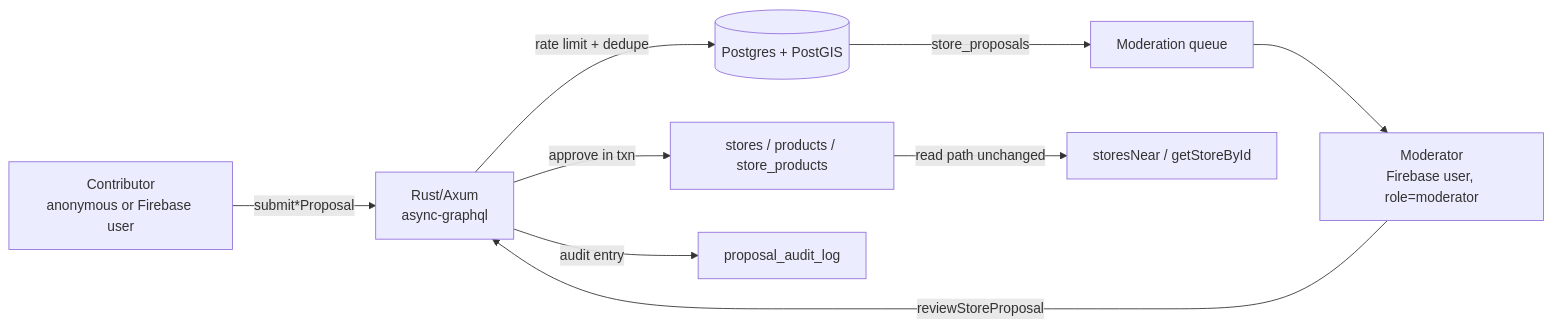
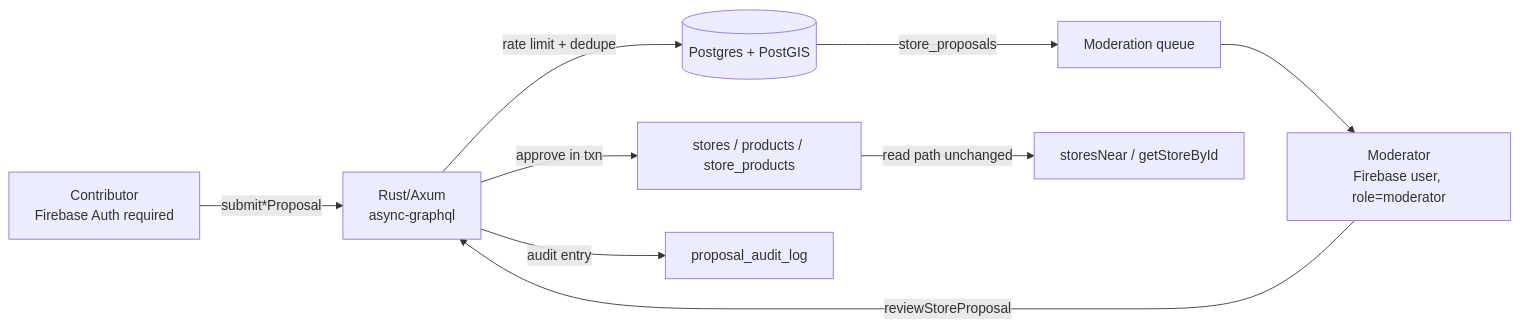
Before and after one commit to pataruco/el-guacal: the diagram in docs/design/contribution-and-moderation.md, drawn with Mermaid. The commit also changed other lines of this file and 1 other file, not shown here.

````diff
--- a/docs/design/contribution-and-moderation.md
+++ b/docs/design/contribution-and-moderation.md
@@ -45,11 +45,11 @@
 ```mermaid
 flowchart LR
-    User[Contributor<br/>anonymous or Firebase user] -->|submit*Proposal| API
+    User[Contributor<br/>Firebase Auth required] -->|submit*Proposal| API
     Mod[Moderator<br/>Firebase user, role=moderator] -->|reviewStoreProposal| API
     API[Rust/Axum<br/>async-graphql] -->|rate limit + dedupe| PG[(Postgres + PostGIS)]
     PG -->|store_proposals| Queue[Moderation queue]
     Queue --> Mod
     API -->|approve in txn| Canonical[stores / products / store_products]
     API -->|audit entry| Audit[proposal_audit_log]
     Canonical -->|read path unchanged| Readers[storesNear / getStoreById]
 ```
````
